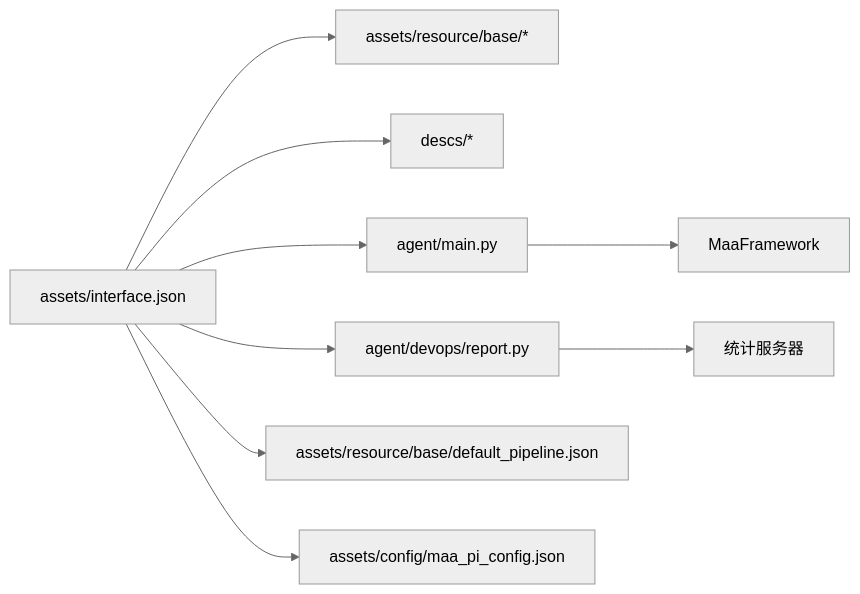
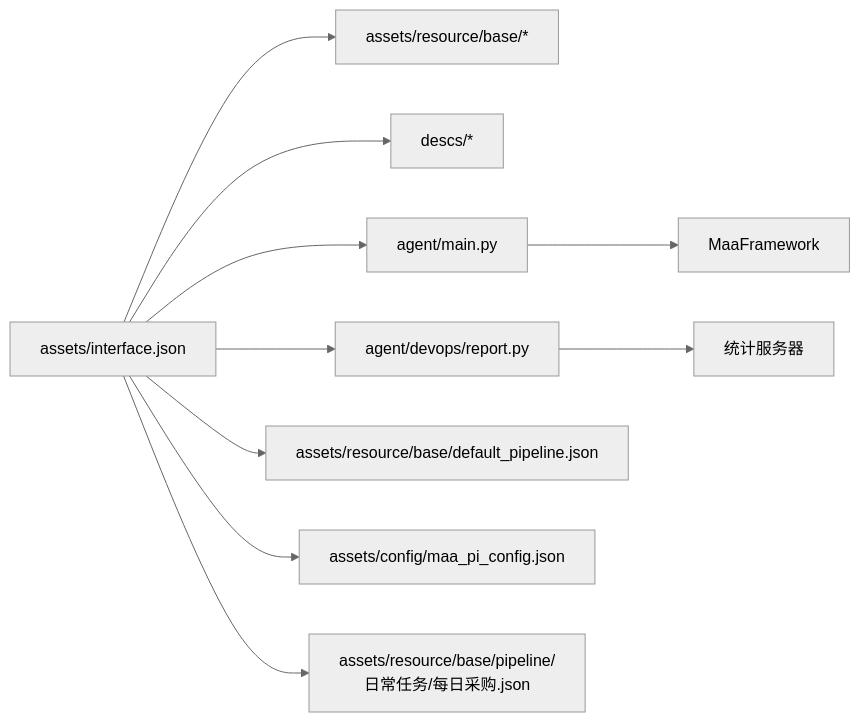
One commit to kqcoxn/MaaDuDuL changed the seventh of 7 diagrams in .qoder/repowiki/zh/content/系统架构与设计/配置体系与资源管理/界面接口配置/界面接口配置.md. Above: the diagram before and after it, drawn with Mermaid (neutral theme). The commit also changed other lines of this file and 4 other files, not shown here.

````diff
--- a/.qoder/repowiki/zh/content/系统架构与设计/配置体系与资源管理/界面接口配置/界面接口配置.md
+++ b/.qoder/repowiki/zh/content/系统架构与设计/配置体系与资源管理/界面接口配置/界面接口配置.md
@@ -300,11 +320,12 @@
 ```mermaid
 graph LR
 IF["assets/interface.json"] --> RES["assets/resource/base/*"]
 IF --> DES["descs/*"]
 IF --> AG["agent/main.py"]
 IF --> DEVOPS["agent/devops/report.py"]
 AG --> FW["MaaFramework"]
 DEVOPS --> SERVER["统计服务器"]
 IF --> PIPE["assets/resource/base/default_pipeline.json"]
 IF --> CFG["assets/config/maa_pi_config.json"]
+IF --> PURCHASE_PIPE["assets/resource/base/pipeline/日常任务/每日采购.json"]
 ```
````
